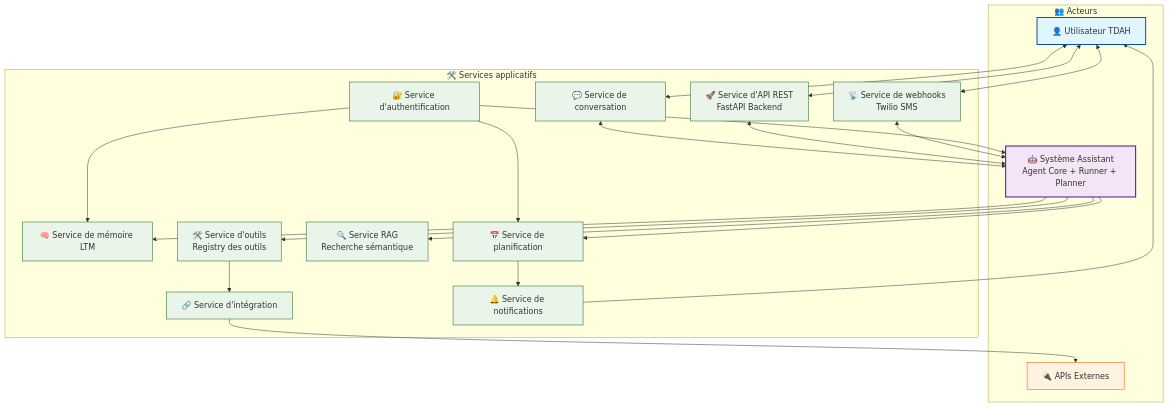
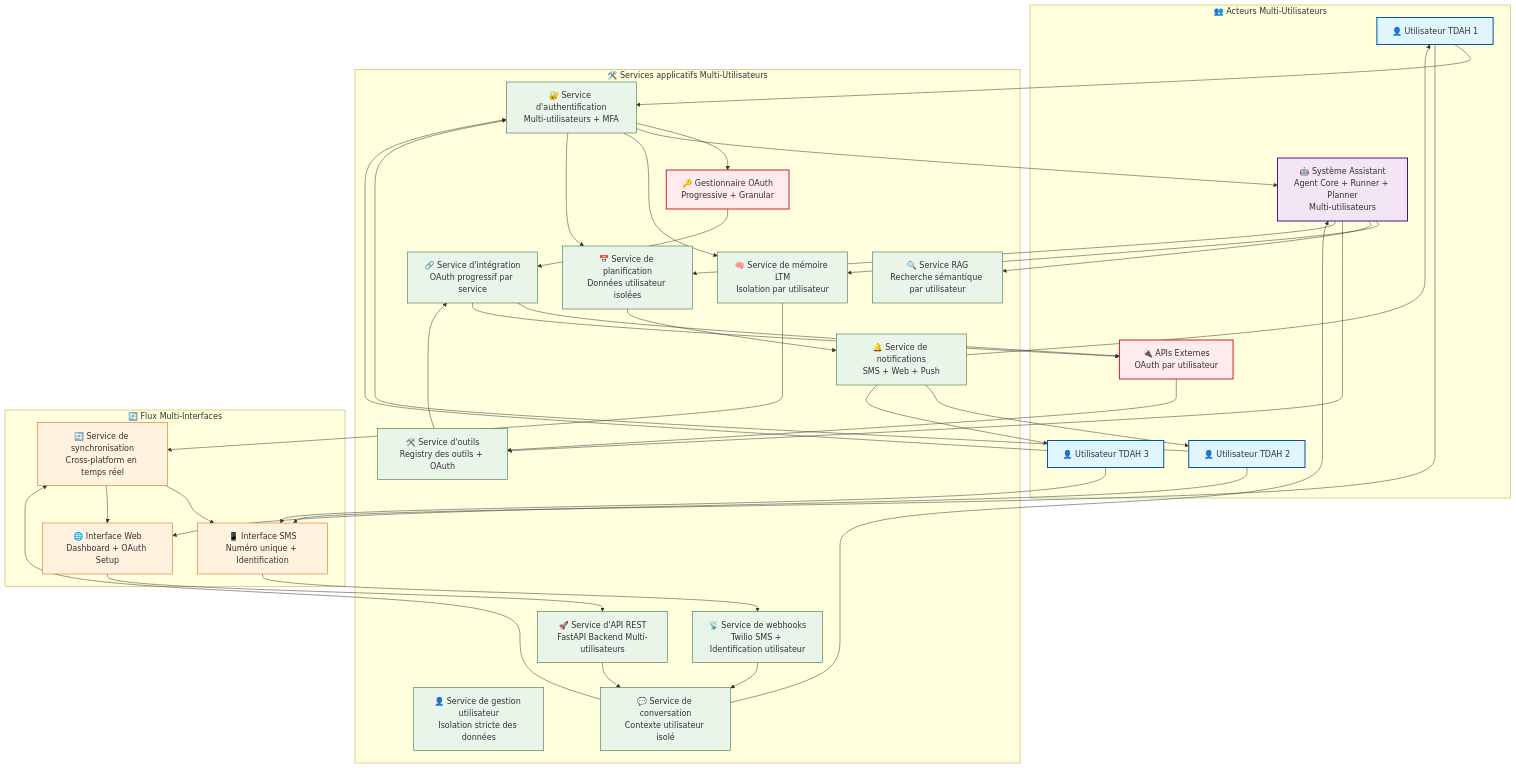
Before and after one commit to BlokusPokus/ai_assistant: the diagram in docs/architecture/1_MAS_definitions.md, drawn with Mermaid. The commit also changed other lines of this file and 13 other files, not shown here.

First line of the commit message:
feat: Enhance Architecture Documentation for Multi-User Support and OAuth Integration

````diff
--- a/docs/architecture/1_MAS_definitions.md
+++ b/docs/architecture/1_MAS_definitions.md
@@ -358,37 +405,59 @@
 ```mermaid
 graph TB
-    subgraph "👥 Acteurs"
-        USER[👤 Utilisateur TDAH]
-        SYSTEM[🤖 Système Assistant<br/>Agent Core + Runner + Planner]
-        EXTERNAL_APIS[🔌 APIs Externes]
+    subgraph "👥 Acteurs Multi-Utilisateurs"
+        USER1[👤 Utilisateur TDAH 1]
+        USER2[👤 Utilisateur TDAH 2]
+        USER3[👤 Utilisateur TDAH 3]
+        SYSTEM[🤖 Système Assistant<br/>Agent Core + Runner + Planner<br/>Multi-utilisateurs]
+        EXTERNAL_APIS[🔌 APIs Externes<br/>OAuth par utilisateur]
     end
 
-    subgraph "🛠️ Services applicatifs"
-        AUTH_SERVICE[🔐 Service d'authentification]
-        CONVERSATION_SERVICE[💬 Service de conversation]
-        MEMORY_SERVICE[🧠 Service de mémoire LTM]
-        INTEGRATION_SERVICE[🔗 Service d'intégration]
-        PLANNING_SERVICE[📅 Service de planification]
-        NOTIFICATION_SERVICE[🔔 Service de notifications]
-        RAG_SERVICE[🔍 Service RAG<br/>Recherche sémantique]
-        TOOL_SERVICE[🛠️ Service d'outils<br/>Registry des outils]
-        API_SERVICE[🚀 Service d'API REST<br/>FastAPI Backend]
-        WEBHOOK_SERVICE[📡 Service de webhooks<br/>Twilio SMS]
+    subgraph "🛠️ Services applicatifs Multi-Utilisateurs"
+        AUTH_SERVICE[🔐 Service d'authentification<br/>Multi-utilisateurs + MFA]
+        USER_SERVICE[👤 Service de gestion utilisateur<br/>Isolation stricte des données]
+        CONVERSATION_SERVICE[💬 Service de conversation<br/>Contexte utilisateur isolé]
+        MEMORY_SERVICE[🧠 Service de mémoire LTM<br/>Isolation par utilisateur]
+        INTEGRATION_SERVICE[🔗 Service d'intégration<br/>OAuth progressif par service]
+        PLANNING_SERVICE[📅 Service de planification<br/>Données utilisateur isolées]
+        NOTIFICATION_SERVICE[🔔 Service de notifications<br/>SMS + Web + Push]
+        RAG_SERVICE[🔍 Service RAG<br/>Recherche sémantique par utilisateur]
+        TOOL_SERVICE[🛠️ Service d'outils<br/>Registry des outils + OAuth]
+        API_SERVICE[🚀 Service d'API REST<br/>FastAPI Backend Multi-utilisateurs]
+        WEBHOOK_SERVICE[📡 Service de webhooks<br/>Twilio SMS + Identification utilisateur]
+        OAUTH_MANAGER[🔑 Gestionnaire OAuth<br/>Progressive + Granular]
     end
 
-    %% ===== FLUX PRINCIPAL : Conversation directe =====
-    USER <--> CONVERSATION_SERVICE
-    CONVERSATION_SERVICE <--> SYSTEM
+    subgraph "🔄 Flux Multi-Interfaces"
+        SMS_INTERFACE[📱 Interface SMS<br/>Numéro unique + Identification]
+        WEB_INTERFACE[🌐 Interface Web<br/>Dashboard + OAuth Setup]
+        SYNC_SERVICE[🔄 Service de synchronisation<br/>Cross-platform en temps réel]
+    end
 
-    %% ===== FLUX API : Interface REST =====
-    USER <--> API_SERVICE
-    API_SERVICE <--> SYSTEM
+    %% ===== FLUX PRINCIPAL : Multi-utilisateurs avec OAuth =====
+    USER1 --> AUTH_SERVICE
+    USER2 --> AUTH_SERVICE
+    USER3 --> AUTH_SERVICE
 
-    %% ===== FLUX WEBHOOK : Interface SMS =====
-    USER <--> WEBHOOK_SERVICE
-    WEBHOOK_SERVICE <--> SYSTEM
+    AUTH_SERVICE --> OAUTH_MANAGER
+    OAUTH_MANAGER --> INTEGRATION_SERVICE
+
+    %% ===== FLUX OAuth Progressif =====
+    INTEGRATION_SERVICE --> EXTERNAL_APIS
+    EXTERNAL_APIS --> TOOL_SERVICE
+
+    %% ===== FLUX CONVERSATION avec Isolation =====
+    USER1 --> SMS_INTERFACE
+    USER2 --> WEB_INTERFACE
+    USER3 --> SMS_INTERFACE
+
+    SMS_INTERFACE --> WEBHOOK_SERVICE
+    WEB_INTERFACE --> API_SERVICE
+
+    WEBHOOK_SERVICE --> CONVERSATION_SERVICE
+    API_SERVICE --> CONVERSATION_SERVICE
 
     %% ===== SYSTÈME ASSISTANT ORCHESTRE TOUS LES SERVICES =====
+    CONVERSATION_SERVICE --> SYSTEM
     SYSTEM --> MEMORY_SERVICE
     SYSTEM --> RAG_SERVICE
     SYSTEM --> TOOL_SERVICE
@@ -400,7 +469,15 @@
 
     %% ===== NOTIFICATIONS RETOURNENT À L'UTILISATEUR =====
     PLANNING_SERVICE --> NOTIFICATION_SERVICE
-    NOTIFICATION_SERVICE --> USER
+    NOTIFICATION_SERVICE --> USER1
+    NOTIFICATION_SERVICE --> USER2
+    NOTIFICATION_SERVICE --> USER3
+
+    %% ===== SYNCHRONISATION CROSS-PLATFORM =====
+    CONVERSATION_SERVICE --> SYNC_SERVICE
+    MEMORY_SERVICE --> SYNC_SERVICE
+    SYNC_SERVICE --> SMS_INTERFACE
+    SYNC_SERVICE --> WEB_INTERFACE
 
     %% ===== AUTHENTIFICATION POUR TOUS LES SERVICES =====
     AUTH_SERVICE --> SYSTEM
@@ -412,9 +489,11 @@
     classDef systemClass fill:#f3e5f5,stroke:#4a148c,stroke-width:2px
     classDef serviceClass fill:#e8f5e8,stroke:#1b5e20,stroke-width:1px
     classDef flowClass fill:#fff3e0,stroke:#e65100,stroke-width:1px
+    classDef oauthClass fill:#ffebee,stroke:#c62828,stroke-width:2px
 
-    class USER userClass
+    class USER1,USER2,USER3 userClass
     class SYSTEM systemClass
-    class CONVERSATION_SERVICE,API_SERVICE,WEBHOOK_SERVICE,MEMORY_SERVICE,RAG_SERVICE,TOOL_SERVICE,PLANNING_SERVICE,NOTIFICATION_SERVICE,INTEGRATION_SERVICE,AUTH_SERVICE serviceClass
-    class EXTERNAL_APIS flowClass
+    class CONVERSATION_SERVICE,API_SERVICE,WEBHOOK_SERVICE,MEMORY_SERVICE,RAG_SERVICE,TOOL_SERVICE,PLANNING_SERVICE,NOTIFICATION_SERVICE,INTEGRATION_SERVICE,AUTH_SERVICE,USER_SERVICE serviceClass
+    class EXTERNAL_APIS,OAUTH_MANAGER oauthClass
+    class SMS_INTERFACE,WEB_INTERFACE,SYNC_SERVICE flowClass
 ```
````
